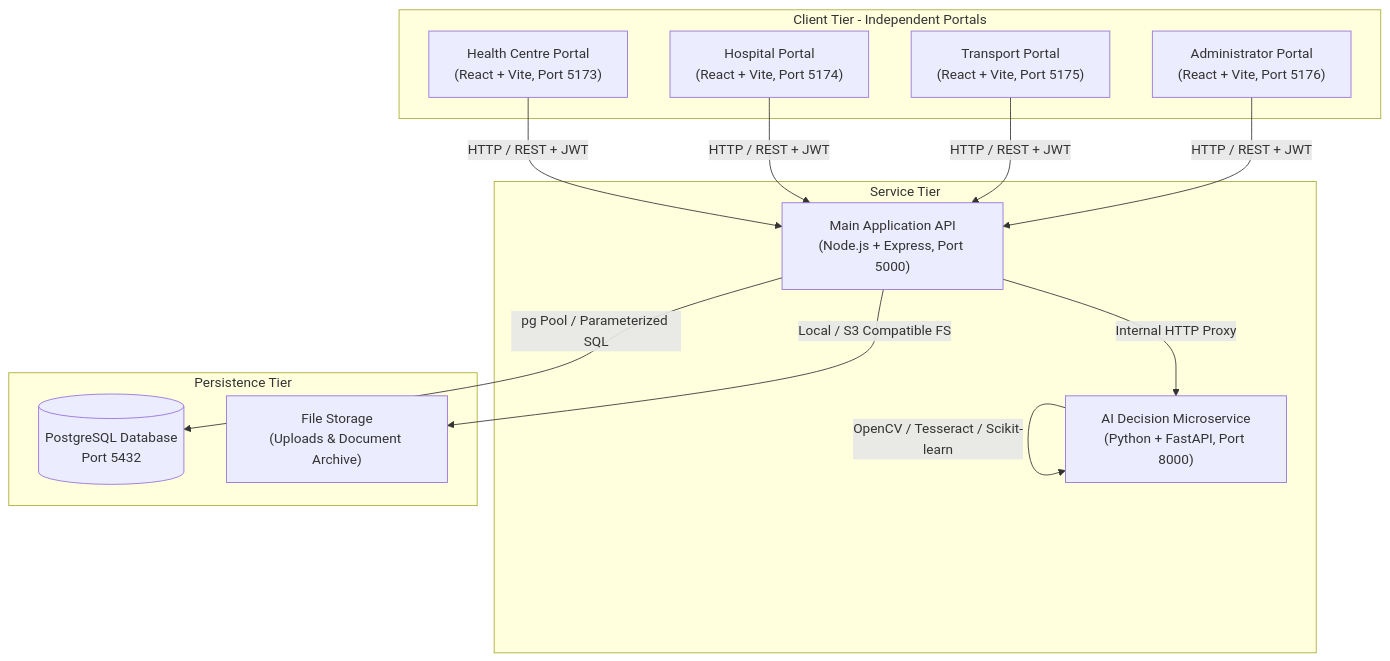
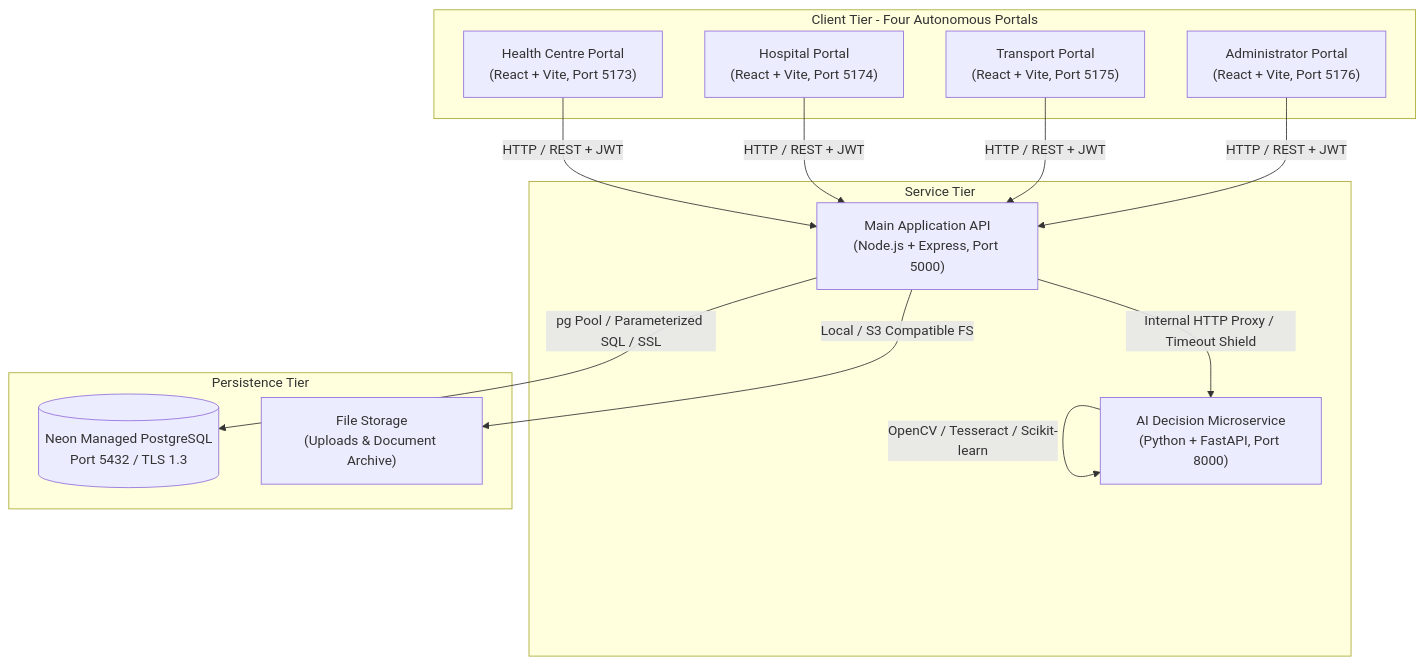
The first of 2 diagrams in docs/ARCHITECTURE.md (Sis3575-T/CARECONNECT-ETHIOPIA), drawn with Mermaid before and after one commit. The commit also changed other lines of this file and 1 other file, not shown here.

Commit message:
docs: add complete project overview and architecture

````diff
--- a/docs/ARCHITECTURE.md
+++ b/docs/ARCHITECTURE.md
@@ -7,29 +9,29 @@
 ```mermaid
 graph TB
-    subgraph Client Tier - Independent Portals
+    subgraph Client Tier - Four Autonomous Portals
         P1["Health Centre Portal<br/>(React + Vite, Port 5173)"]
         P2["Hospital Portal<br/>(React + Vite, Port 5174)"]
         P3["Transport Portal<br/>(React + Vite, Port 5175)"]
         P4["Administrator Portal<br/>(React + Vite, Port 5176)"]
     end
 
     subgraph Service Tier
         API["Main Application API<br/>(Node.js + Express, Port 5000)"]
         AI["AI Decision Microservice<br/>(Python + FastAPI, Port 8000)"]
     end
 
     subgraph Persistence Tier
-        DB[("PostgreSQL Database<br/>Port 5432")]
+        DB[("Neon Managed PostgreSQL<br/>Port 5432 / TLS 1.3")]
         FS["File Storage<br/>(Uploads & Document Archive)"]
     end
 
     P1 -->|HTTP / REST + JWT| API
     P2 -->|HTTP / REST + JWT| API
     P3 -->|HTTP / REST + JWT| API
     P4 -->|HTTP / REST + JWT| API
 
-    API -->|Internal HTTP Proxy| AI
-    API -->|pg Pool / Parameterized SQL| DB
+    API -->|Internal HTTP Proxy / Timeout Shield| AI
+    API -->|pg Pool / Parameterized SQL / SSL| DB
     API -->|Local / S3 Compatible FS| FS
     AI -->|OpenCV / Tesseract / Scikit-learn| AI
 ```
````
